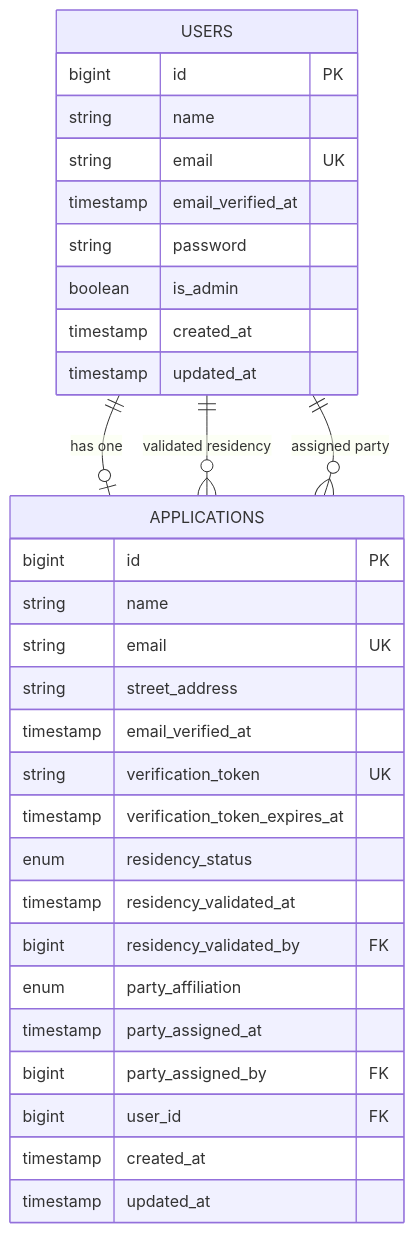
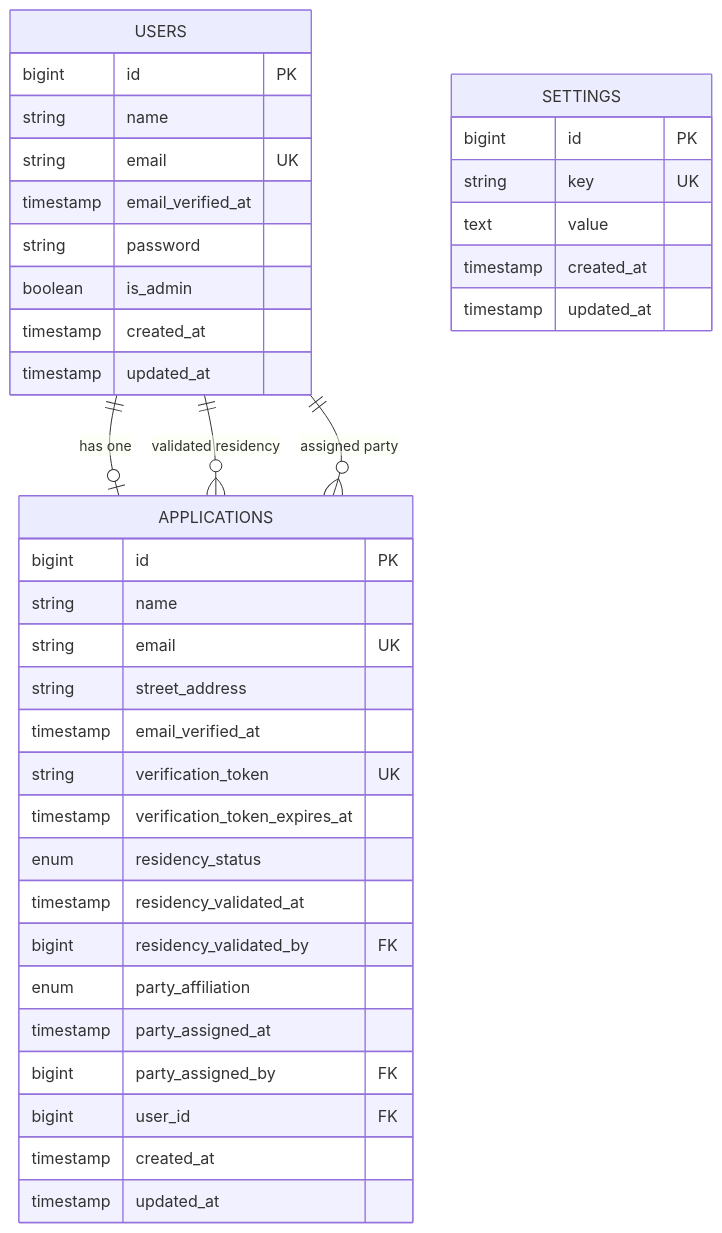
Before and after one commit to johnfmorton/poll-worker-sign-up: the second of 2 diagrams in .kiro/specs/poll-worker-signup/design.md, drawn with Mermaid. The commit also changed other lines of this file and 6 other files, not shown here.

````diff
--- a/.kiro/specs/poll-worker-signup/design.md
+++ b/.kiro/specs/poll-worker-signup/design.md
@@ -928,36 +1053,44 @@
 ```mermaid
 erDiagram
     USERS ||--o| APPLICATIONS : "has one"
     USERS ||--o{ APPLICATIONS : "validated residency"
     USERS ||--o{ APPLICATIONS : "assigned party"
     
     USERS {
         bigint id PK
         string name
         string email UK
         timestamp email_verified_at
         string password
         boolean is_admin
         timestamp created_at
         timestamp updated_at
     }
     
     APPLICATIONS {
         bigint id PK
         string name
         string email UK
         string street_address
         timestamp email_verified_at
         string verification_token UK
         timestamp verification_token_expires_at
         enum residency_status
         timestamp residency_validated_at
         bigint residency_validated_by FK
         enum party_affiliation
         timestamp party_assigned_at
         bigint party_assigned_by FK
         bigint user_id FK
         timestamp created_at
         timestamp updated_at
     }
+    
+    SETTINGS {
+        bigint id PK
+        string key UK
+        text value
+        timestamp created_at
+        timestamp updated_at
+    }
 ```
````
